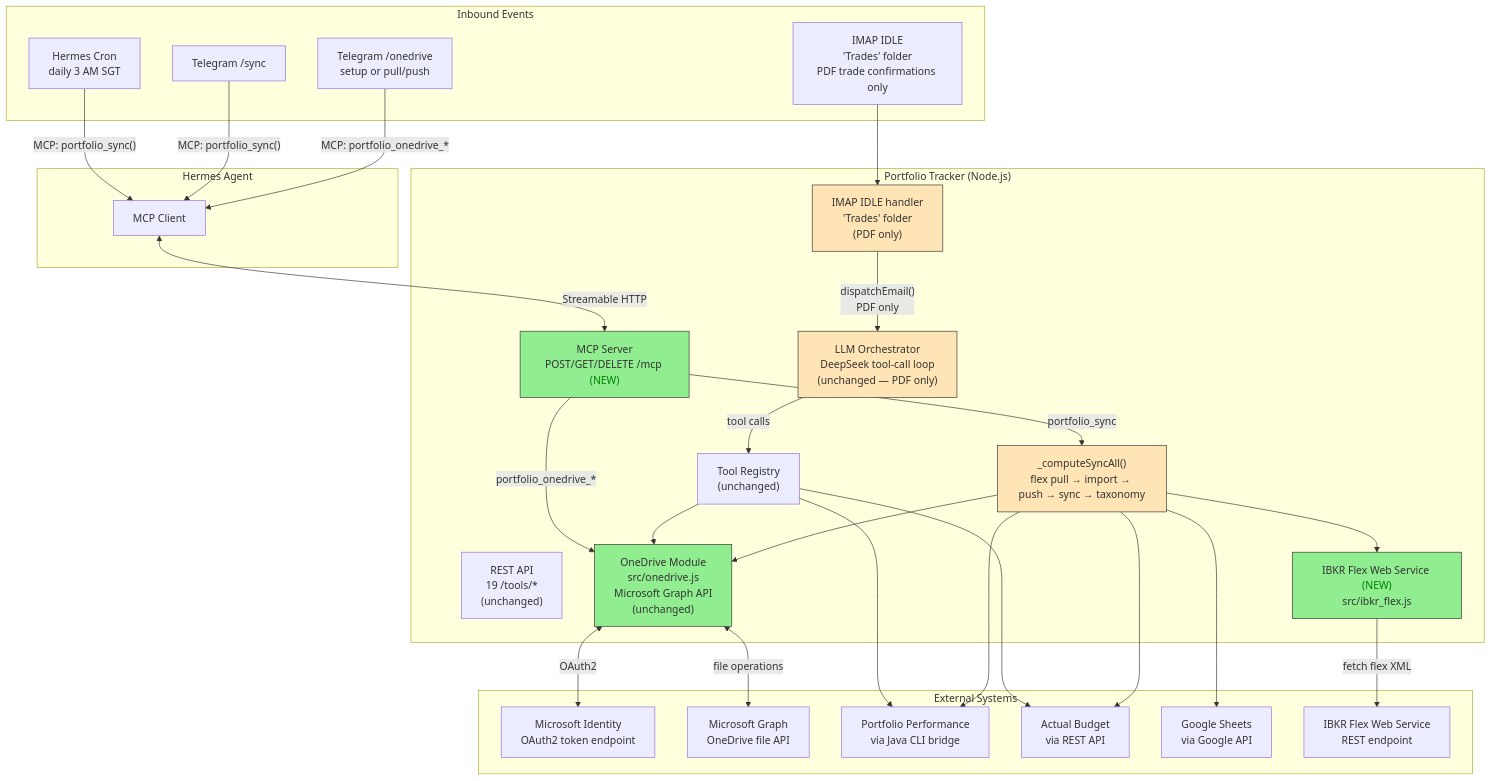
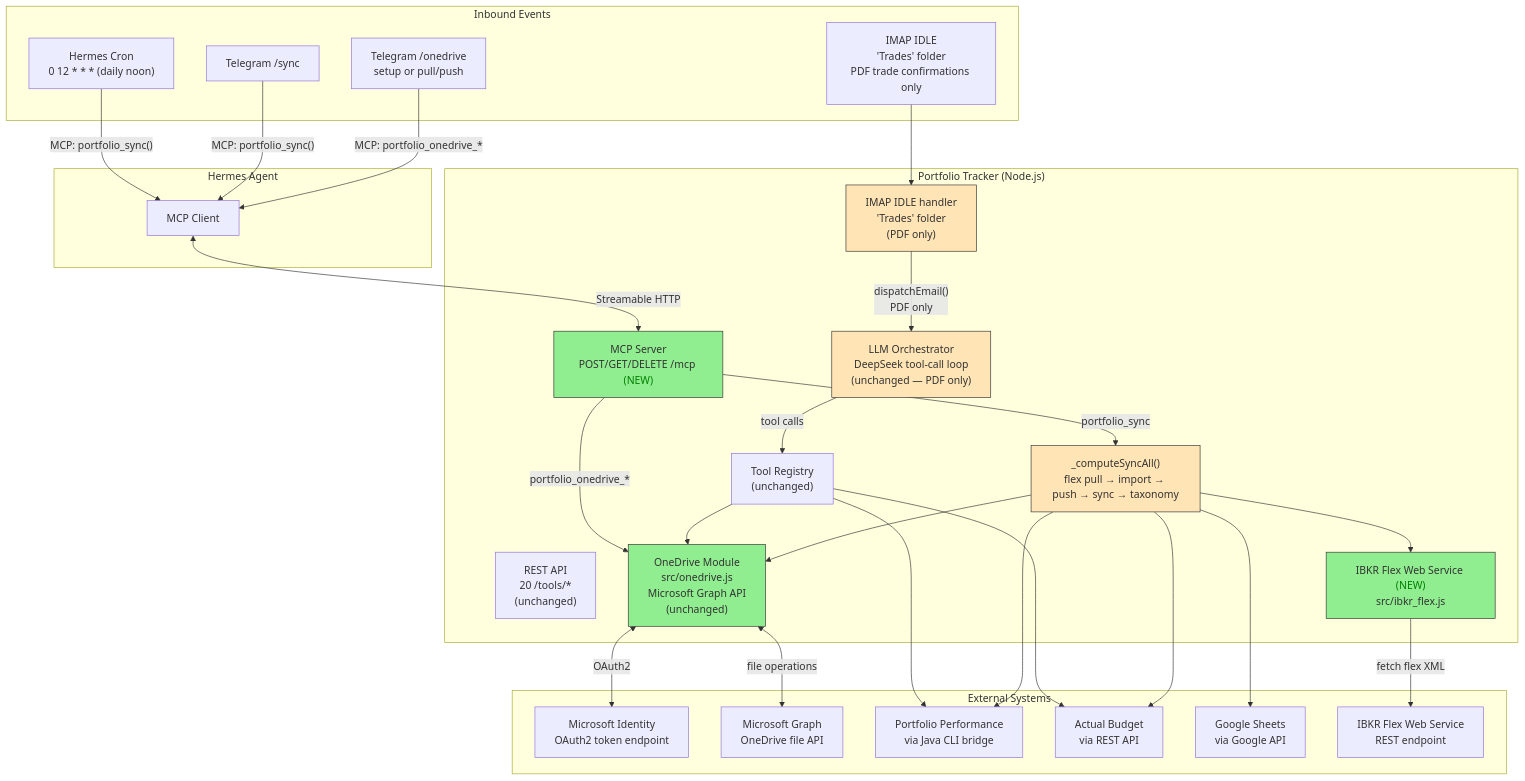
Before and after one commit to darrencjh8/darren-openclaw: the diagram in specs/003-portfolio-tracker/spec.md, drawn with Mermaid. The commit also changed other lines of this file and 16 other files, not shown here.

````diff
--- a/specs/003-portfolio-tracker/spec.md
+++ b/specs/003-portfolio-tracker/spec.md
@@ -23,60 +23,60 @@
 ```mermaid
 flowchart TB
     subgraph Triggers["Inbound Events"]
-        CRON["Hermes Cron<br/>daily 3 AM SGT"]
+        CRON["Hermes Cron<br/>0 12 * * * (daily noon)"]
         TG_SYNC["Telegram /sync"]
         TG_ONEDRIVE["Telegram /onedrive<br/>setup or pull/push"]
         IMAP["IMAP IDLE<br/>'Trades' folder<br/>PDF trade confirmations only"]
     end
 
     subgraph Hermes["Hermes Agent"]
         MCP_C["MCP Client"]
     end
 
     subgraph PT["Portfolio Tracker (Node.js)"]
         MCP_S["MCP Server<br/>POST/GET/DELETE /mcp<span style='color:green'> (NEW)</span>"]
-        REST["REST API<br/>19 /tools/*<br/>(unchanged)"]
+        REST["REST API<br/>20 /tools/*<br/>(unchanged)"]
         ORCH["LLM Orchestrator<br/>DeepSeek tool-call loop<br/>(unchanged — PDF only)"]
         TOOLS["Tool Registry<br/>(unchanged)"]
         IMAP_H["IMAP IDLE handler<br/>'Trades' folder<br/>(PDF only)"]
         SYNC["_computeSyncAll()<br/>flex pull → import → push → sync → taxonomy"]
         FLEX["IBKR Flex Web Service<span style='color:green'> (NEW)</span><br/>src/ibkr_flex.js"]
         OD["OneDrive Module<br/>src/onedrive.js<br/>Microsoft Graph API<br/>(unchanged)"]
     end
 
     subgraph External["External Systems"]
         MS["Microsoft Identity<br/>OAuth2 token endpoint"]
         GRAPH["Microsoft Graph<br/>OneDrive file API"]
         PP["Portfolio Performance<br/>via Java CLI bridge"]
         AB["Actual Budget<br/>via REST API"]
         GSHEETS["Google Sheets<br/>via Google API"]
         IBKR["IBKR Flex Web Service<br/>REST endpoint"]
     end
 
     CRON -->|"MCP: portfolio_sync()"| MCP_C
     TG_SYNC -->|"MCP: portfolio_sync()"| MCP_C
     TG_ONEDRIVE -->|"MCP: portfolio_onedrive_*"| MCP_C
     MCP_C <-->|"Streamable HTTP"| MCP_S
     MCP_S -->|"portfolio_sync"| SYNC
     MCP_S -->|"portfolio_onedrive_*"| OD
     IMAP --> IMAP_H -->|"dispatchEmail()<br/>PDF only"| ORCH
     ORCH -->|"tool calls"| TOOLS
     TOOLS --> PP
     TOOLS --> AB
     TOOLS --> OD
     SYNC --> FLEX
     SYNC --> PP
     SYNC --> AB
     SYNC --> OD
     SYNC --> GSHEETS
     FLEX -->|"fetch flex XML"| IBKR
     OD <-->|"OAuth2"| MS
     OD <-->|"file operations"| GRAPH
 
     style MCP_S fill:#90EE90,stroke:#333
     style FLEX fill:#90EE90,stroke:#333
     style OD fill:#90EE90,stroke:#333
     style ORCH fill:#FFE4B5,stroke:#333
     style IMAP_H fill:#FFE4B5,stroke:#333
     style SYNC fill:#FFE4B5,stroke:#333
 ```
````
